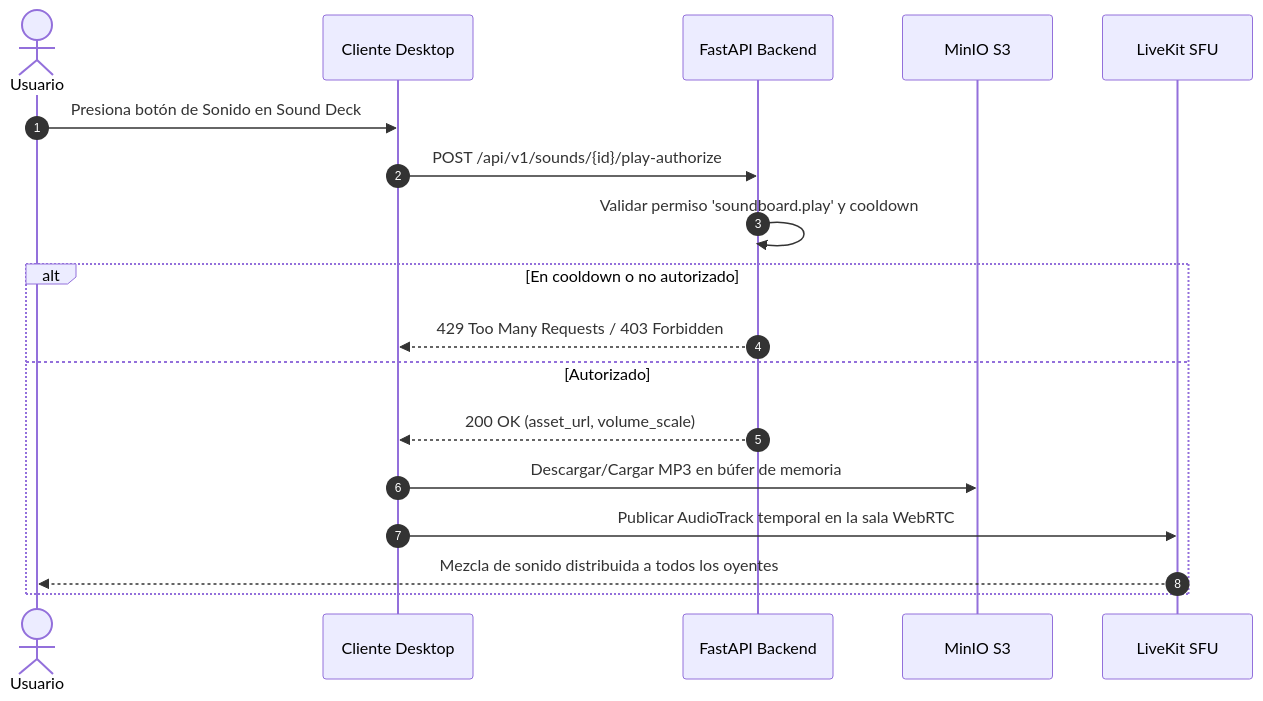
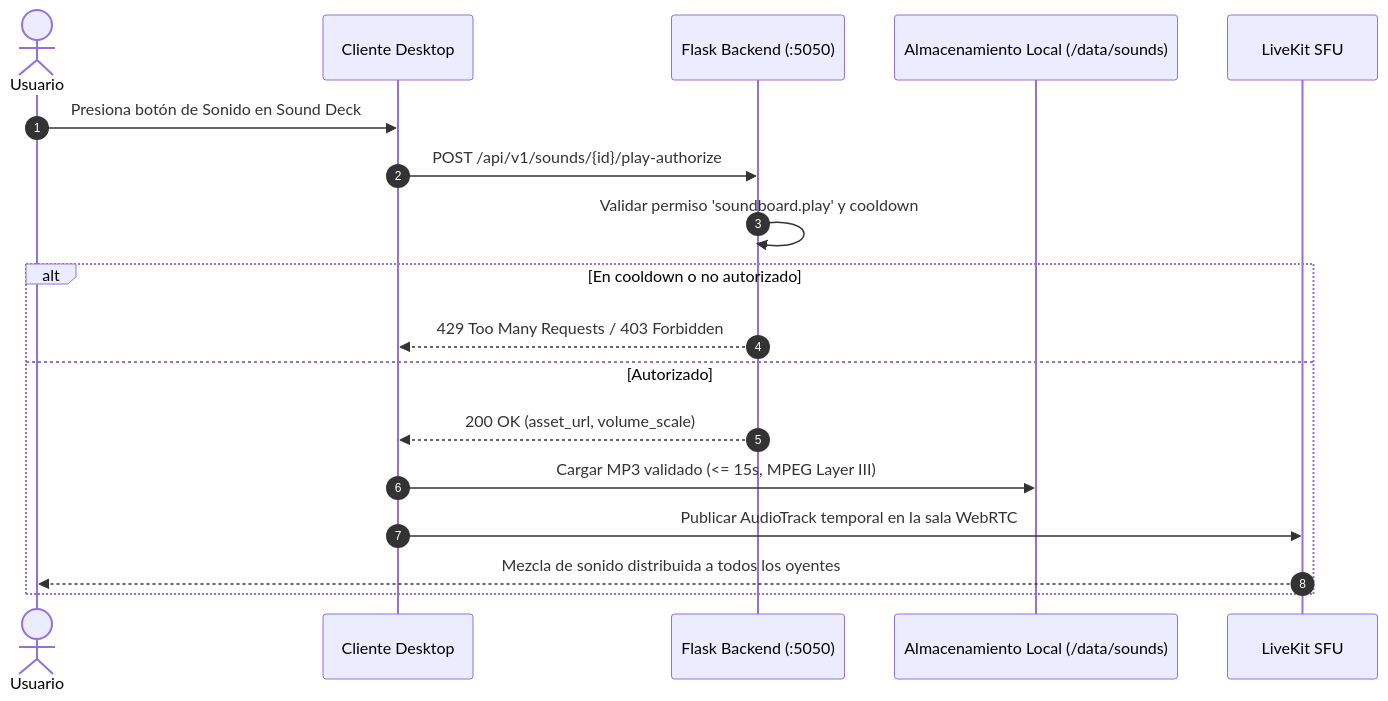
One commit to Camila-Ianni/C.C.I-SYSTEM changed the third of 3 diagrams in documentacion/communities/FASE0_DISENO_Y_ARQUITECTURA.md. Above: the diagram before and after it, drawn with Mermaid. The commit also changed other lines of this file and 12 other files, not shown here.

````diff
--- a/documentacion/communities/FASE0_DISENO_Y_ARQUITECTURA.md
+++ b/documentacion/communities/FASE0_DISENO_Y_ARQUITECTURA.md
@@ -110,21 +105,21 @@
 ```mermaid
 sequenceDiagram
     autonumber
     actor User as Usuario
     participant Client as Cliente Desktop
-    participant API as FastAPI Backend
-    participant MinIO as MinIO S3
+    participant API as Flask Backend (:5050)
+    participant FS as Almacenamiento Local (/data/sounds)
     participant LK as LiveKit SFU
 
     User->>Client: Presiona botón de Sonido en Sound Deck
     Client->>API: POST /api/v1/sounds/{id}/play-authorize
     API->>API: Validar permiso 'soundboard.play' y cooldown
     alt En cooldown o no autorizado
         API-->>Client: 429 Too Many Requests / 403 Forbidden
     else Autorizado
         API-->>Client: 200 OK (asset_url, volume_scale)
-        Client->>MinIO: Descargar/Cargar MP3 en búfer de memoria
+        Client->>FS: Cargar MP3 validado (<= 15s, MPEG Layer III)
         Client->>LK: Publicar AudioTrack temporal en la sala WebRTC
         LK-->>User: Mezcla de sonido distribuida a todos los oyentes
     end
 ```
````
